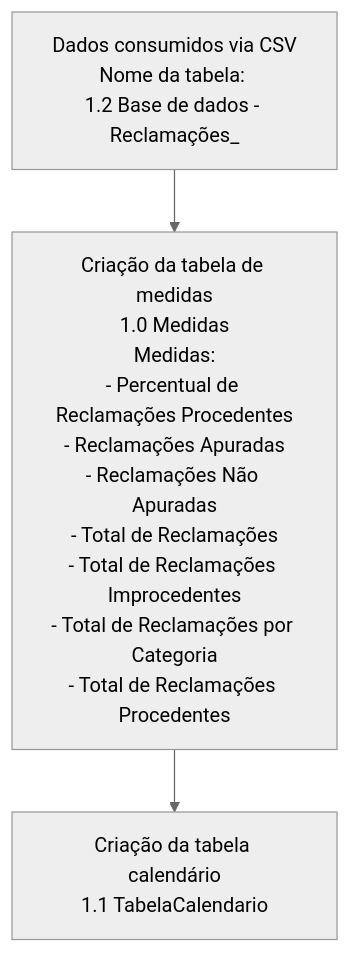
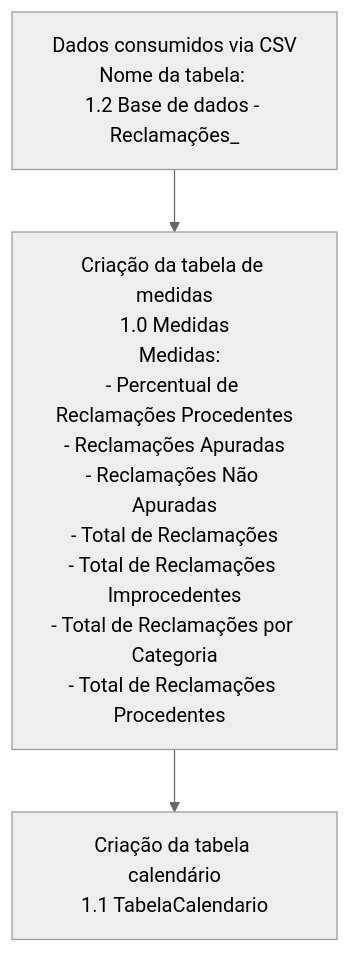
One commit to HerbertSouto/projeto_reclamacoes changed the diagram in README.md. Above: the diagram before and after it, drawn with Mermaid (neutral theme).

Commit message:
Atualização do read me

````diff
--- a/README.md
+++ b/README.md
@@ -3,7 +3,8 @@
 ```mermaid
 
 graph TD;
-    A[Dados consumidos via CSV<br>Nome da tabela: <br>1.2 Base de dados - Reclamações_] --> B[Criação da tabela de medidas<br>1.0 Medidas<br>Medidas:<br>- Percentual de Reclamações Procedentes<br>- Reclamações Apuradas<br>- Reclamações Não Apuradas<br>- Total de Reclamações<br>- Total de Reclamações Improcedentes<br>- Total de Reclamações por Categoria<br>- Total de Reclamações Procedentes];
+    A[Dados consumidos via CSV<br>Nome da tabela: <br>1.2 Base de dados - Reclamações_] --> B[Criação da tabela de medidas<br>1.0 Medidas<br><span style="background-color:#f0f0f0; padding: 8px; border-radius: 5px;">Medidas:<br>- Percentual de Reclamações Procedentes<br>- Reclamações Apuradas<br>- Reclamações Não Apuradas<br>- Total de Reclamações<br>- Total de Reclamações Improcedentes<br>- Total de Reclamações por Categoria<br>- Total de Reclamações Procedentes</span>];
     B --> C[Criação da tabela calendário<br>1.1 TabelaCalendario];
-    
+
+
 ```
````
